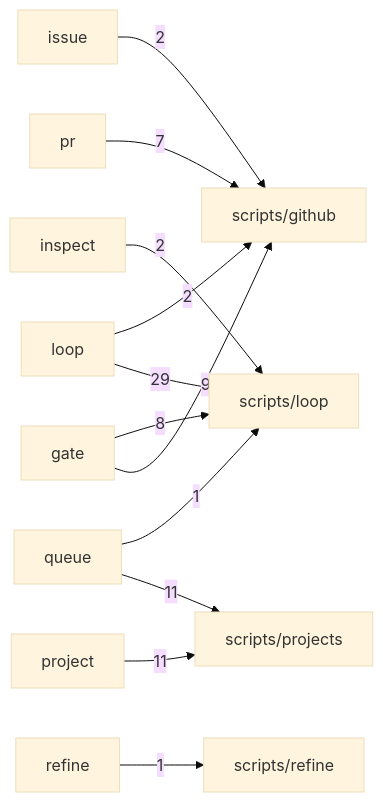
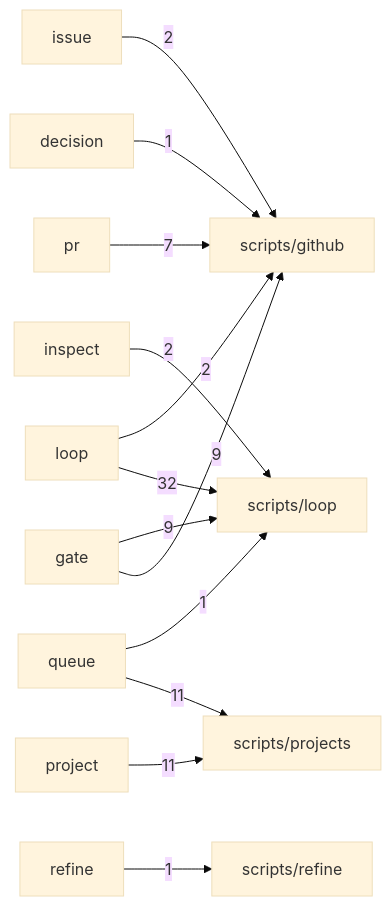
One commit to mfittko/dev-loops changed the tenth of 14 diagrams in docs/atlas/01-system-context.md. Above: the diagram before and after it, drawn with Mermaid (base theme). The commit also changed other lines of this file, not shown here.

````diff
--- a/docs/atlas/01-system-context.md
+++ b/docs/atlas/01-system-context.md
@@ -289,14 +293,15 @@
 ```mermaid
 flowchart LR
   gate[gate] -->|9| sg["scripts/github"]
-  gate -->|8| sl["scripts/loop"]
-  loopNs[loop] -->|29| sl
+  gate -->|9| sl["scripts/loop"]
+  loopNs[loop] -->|32| sl
   loopNs -->|2| sg
   pr[pr] -->|7| sg
+  decision[decision] -->|1| sg
   issue[issue] -->|2| sg
   queue[queue] -->|11| sp["scripts/projects"]
   queue -->|1| sl
   project[project] -->|11| sp
   inspect[inspect] -->|2| sl
   refine[refine] -->|1| sr["scripts/refine"]
 ```
````
